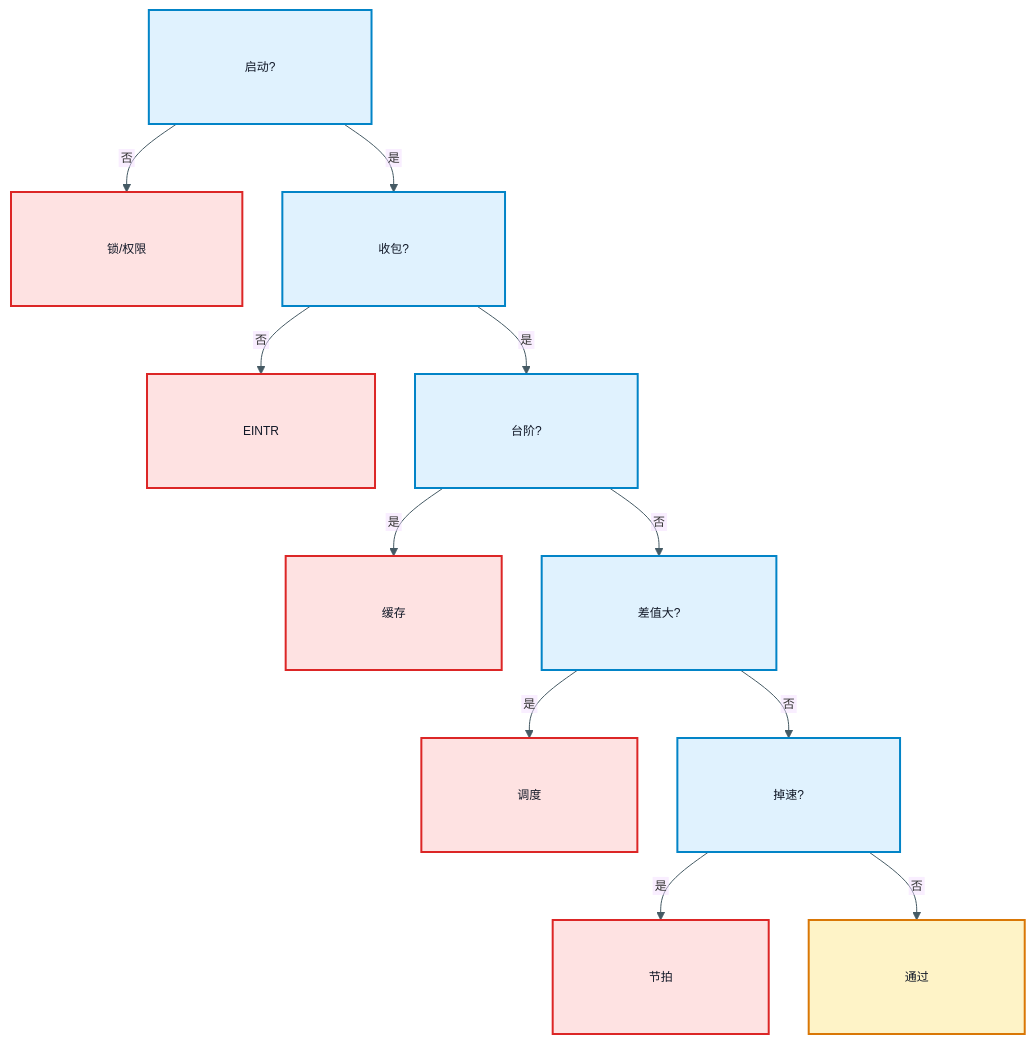
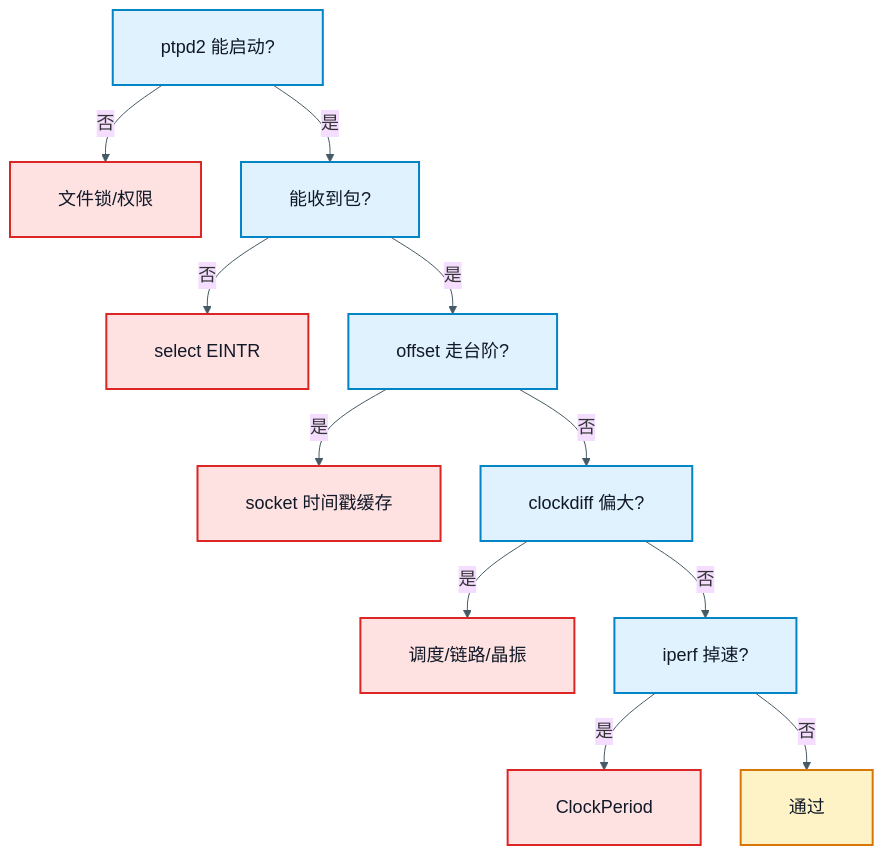
Before and after one commit to DeguiLiu/tech-notes: the second of 3 diagrams in content/posts/performance/qnx_ptpd_time_sync_accuracy.md, drawn with Mermaid. The commit also changed other lines of this file, not shown here.

Commit message:
story-docs(blog): restore QNX post mermaid style

````diff
--- a/content/posts/performance/qnx_ptpd_time_sync_accuracy.md
+++ b/content/posts/performance/qnx_ptpd_time_sync_accuracy.md
@@ -87,22 +87,22 @@
 ```mermaid
-%%{init: {"theme":"base","themeVariables":{"fontFamily":"sans-serif","fontSize":"12px","lineColor":"#455A64"},"flowchart":{"htmlLabels":false,"padding":48,"nodeSpacing":40,"rankSpacing":50}}}%%
+%%{init: {"theme":"base","themeVariables":{"fontFamily":"sans-serif","fontSize":"18px","lineColor":"#455A64"},"flowchart":{"htmlLabels":true,"padding":24,"nodeSpacing":40,"rankSpacing":50}}}%%
 flowchart TD
-    A["启动?"] -->|否| B["锁/权限"]
-    A -->|是| C["收包?"]
-    C -->|否| D["EINTR"]
-    C -->|是| E["台阶?"]
-    E -->|是| F["缓存"]
-    E -->|否| G["差值大?"]
-    G -->|是| H["调度"]
-    G -->|否| I["掉速?"]
-    I -->|是| J["节拍"]
+    A["ptpd2 能启动?"] -->|否| B["文件锁/权限"]
+    A -->|是| C["能收到包?"]
+    C -->|否| D["select EINTR"]
+    C -->|是| E["offset 走台阶?"]
+    E -->|是| F["socket 时间戳缓存"]
+    E -->|否| G["clockdiff 偏大?"]
+    G -->|是| H["调度/链路/晶振"]
+    G -->|否| I["iperf 掉速?"]
+    I -->|是| J["ClockPeriod"]
     I -->|否| K["通过"]
     classDef bad fill:#FEE2E2,stroke:#DC2626,stroke-width:2px,color:#111827
     classDef check fill:#E0F2FE,stroke:#0284C7,stroke-width:2px,color:#111827
     classDef fix fill:#DCFCE7,stroke:#16A34A,stroke-width:2px,color:#111827
     classDef ok fill:#FEF3C7,stroke:#D97706,stroke-width:2px,color:#111827
     class B,D,F,H bad
     class J bad
     class A,C,E,G,I check
     class K ok
 ```
````
